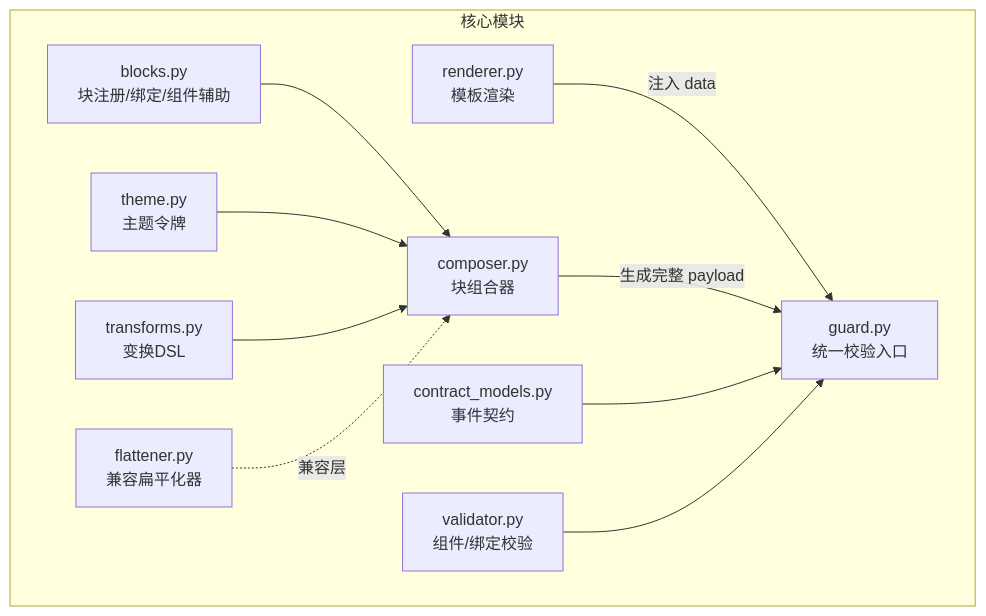
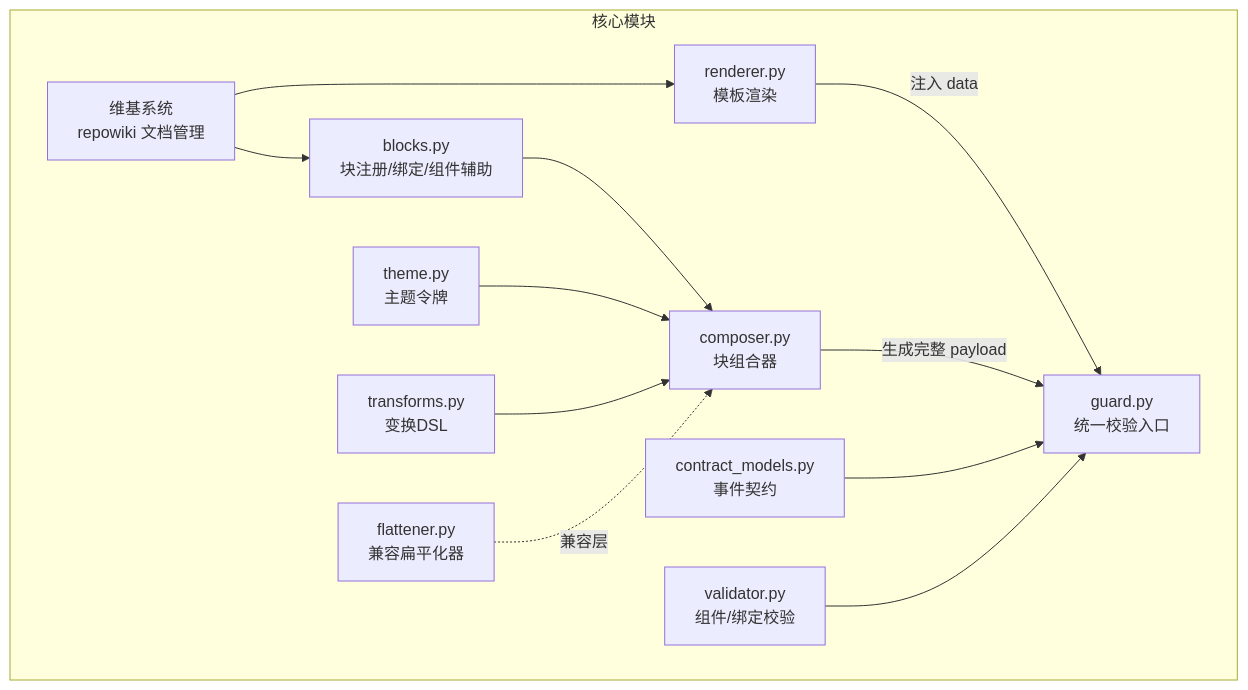
One commit to YU-JI-KUI/ark-agentic changed the first of 8 diagrams in repowiki/zh/content/A2UI 渲染系统/A2UI 渲染系统.md. Above: the diagram before and after it, drawn with Mermaid. The commit also changed other lines of this file and 10 other files, not shown here.

````diff
--- a/repowiki/zh/content/A2UI 渲染系统/A2UI 渲染系统.md
+++ b/repowiki/zh/content/A2UI 渲染系统/A2UI 渲染系统.md
@@ -48,22 +62,25 @@
 ```mermaid
 graph TB
 subgraph "核心模块"
 R["renderer.py<br/>模板渲染"]
 B["blocks.py<br/>块注册/绑定/组件辅助"]
 C["composer.py<br/>块组合器"]
 T["theme.py<br/>主题令牌"]
 CM["contract_models.py<br/>事件契约"]
 V["validator.py<br/>组件/绑定校验"]
 G["guard.py<br/>统一校验入口"]
 TR["transforms.py<br/>变换DSL"]
 F["flattener.py<br/>兼容扁平化器"]
+W["维基系统<br/>repowiki 文档管理"]
 end
 R --> |"注入 data"| G
 B --> C
 C --> |"生成完整 payload"| G
 T --> C
 TR --> C
 CM --> G
 V --> G
 F -. 兼容层 .-> C
+W --> R
+W --> B
 ```
````
